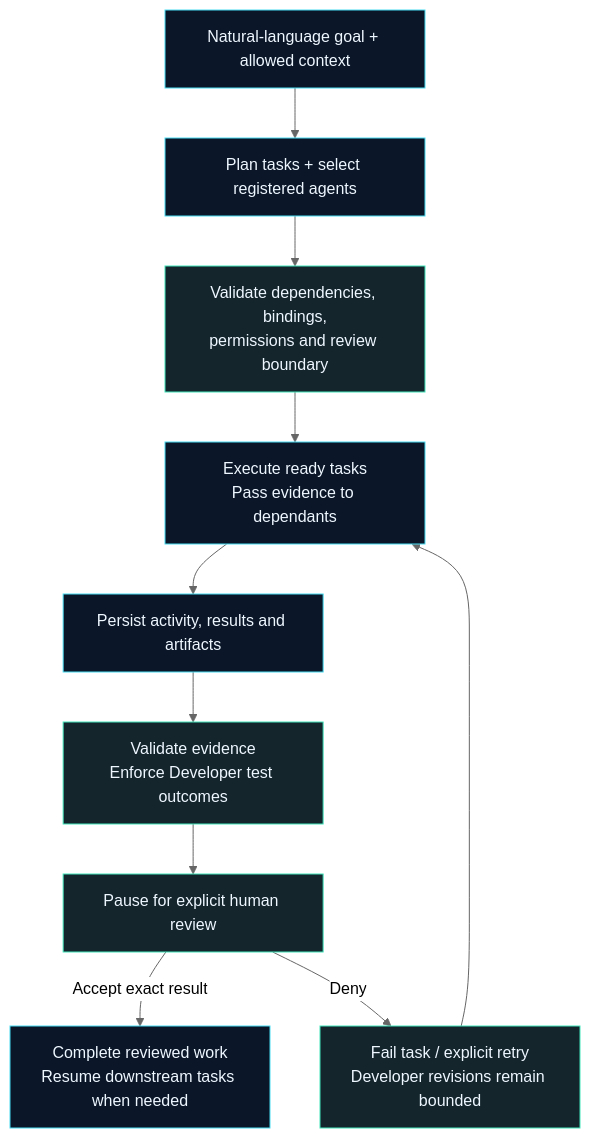
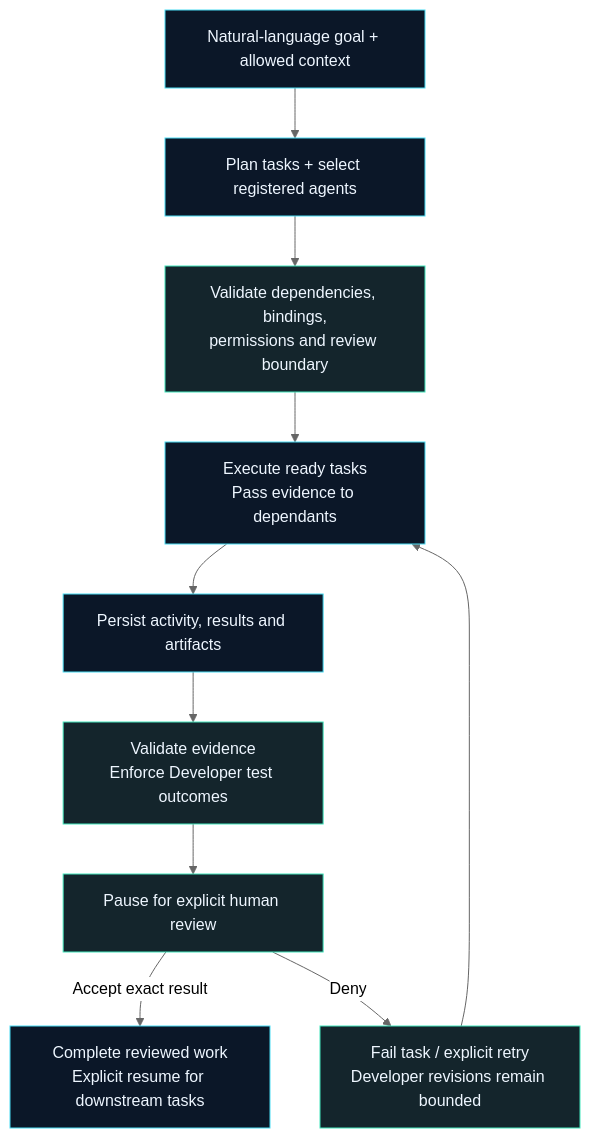
Before and after one commit to amg-xai/AgentOS: the second of 2 diagrams in README.md, drawn with Mermaid (neutral theme). The commit also changed other lines of this file, not shown here.

Commit message:
Improve README profile overview and diagram guidance on mobile

````diff
--- a/README.md
+++ b/README.md
@@ -93,16 +95,16 @@
 ```mermaid
 flowchart TB
     Goal["Natural-language goal + allowed context"] --> Plan["Plan tasks + select registered agents"]
     Plan --> Validate["Validate dependencies, bindings,<br/>permissions and review boundary"]
     Validate --> Run["Execute ready tasks<br/>Pass evidence to dependants"]
     Run --> Save["Persist activity, results and artifacts"]
     Save --> Checks["Validate evidence<br/>Enforce Developer test outcomes"]
     Checks --> Review["Pause for explicit human review"]
-    Review -->|Accept exact result| Result["Complete reviewed work<br/>Resume downstream tasks when needed"]
+    Review -->|Accept exact result| Result["Complete reviewed work<br/>Explicit resume for downstream tasks"]
     Review -->|Deny| Retry["Fail task / explicit retry<br/>Developer revisions remain bounded"]
     Retry --> Run
     classDef work fill:#0b1728,stroke:#49dcf3,color:#eef6ff;
     classDef guard fill:#14252c,stroke:#42e6bc,color:#eef6ff;
     class Goal,Plan,Run,Save,Result work;
     class Validate,Checks,Review,Retry guard;
 ```
````
